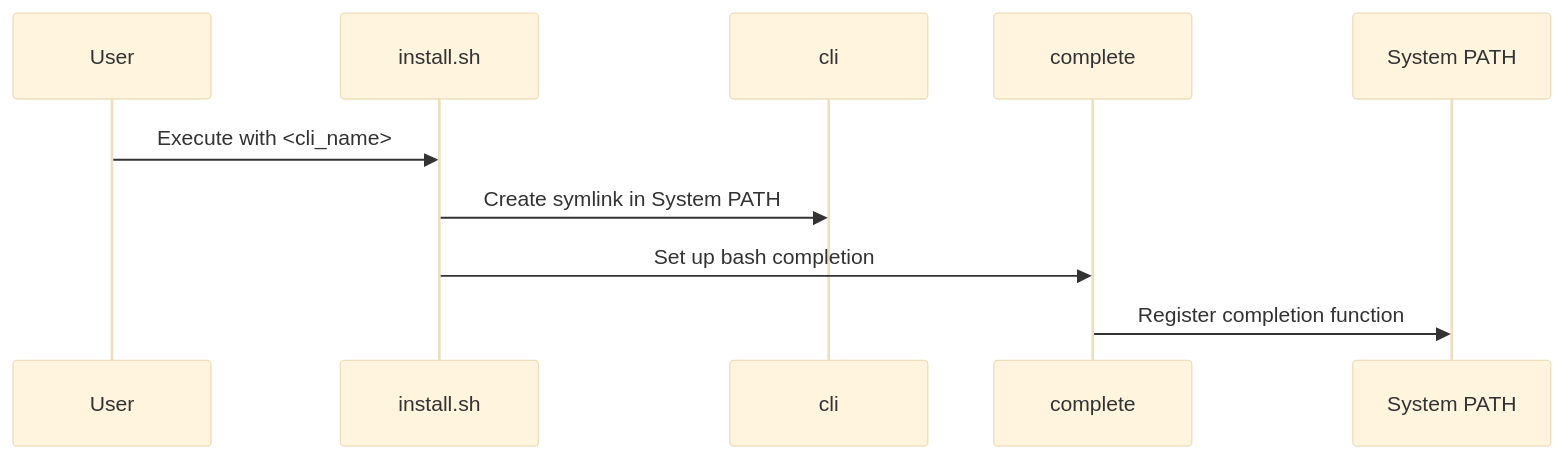
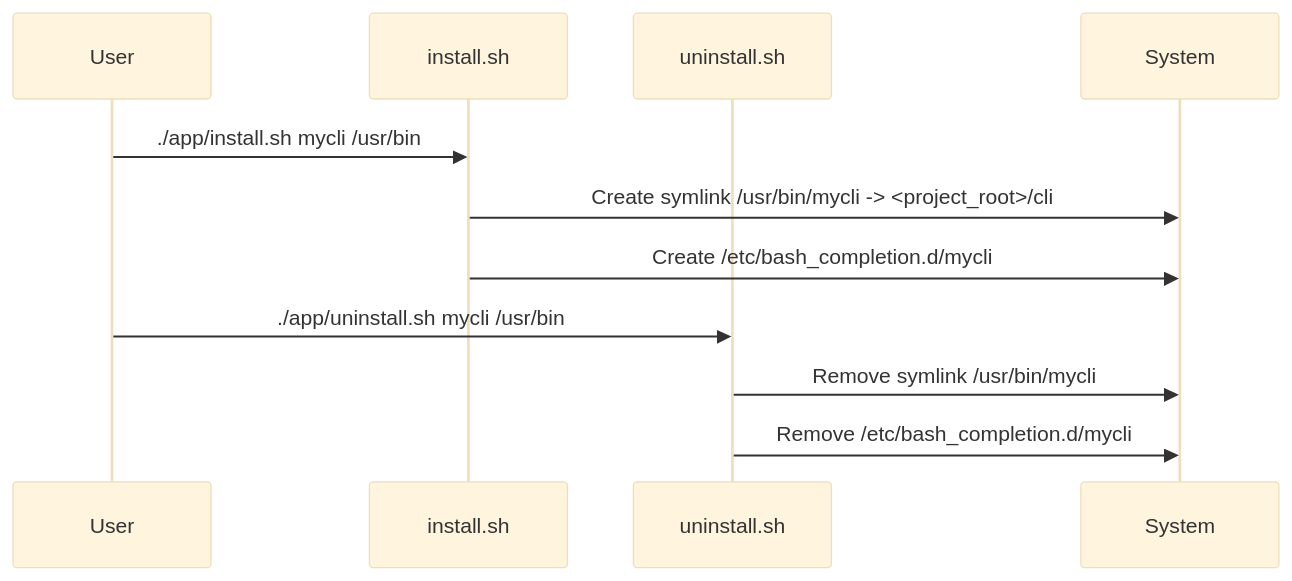
The diagram in docs/05_cli_installation___uninstallation_.md (aireilly/bash-cli-docs-test), drawn with Mermaid (base theme) before and after one commit. The commit also changed other lines of this file and 6 other files, not shown here.

````diff
--- a/docs/05_cli_installation___uninstallation_.md
+++ b/docs/05_cli_installation___uninstallation_.md
@@ -56,13 +79,15 @@
 ```mermaid
 sequenceDiagram
     participant User
     participant install.sh
-    participant cli
-    participant complete
-    participant System PATH
+    participant uninstall.sh
+    participant System
 
-    User->>install.sh: Execute with <cli_name>
-    install.sh->>cli: Create symlink in System PATH
-    install.sh->>complete: Set up bash completion
-    complete->>System PATH: Register completion function
+    User->>install.sh: ./app/install.sh mycli /usr/bin
+    install.sh->>System: Create symlink /usr/bin/mycli -> <project_root>/cli
+    install.sh->>System: Create /etc/bash_completion.d/mycli
+
+    User->>uninstall.sh: ./app/uninstall.sh mycli /usr/bin
+    uninstall.sh->>System: Remove symlink /usr/bin/mycli
+    uninstall.sh->>System: Remove /etc/bash_completion.d/mycli
 ```
````
